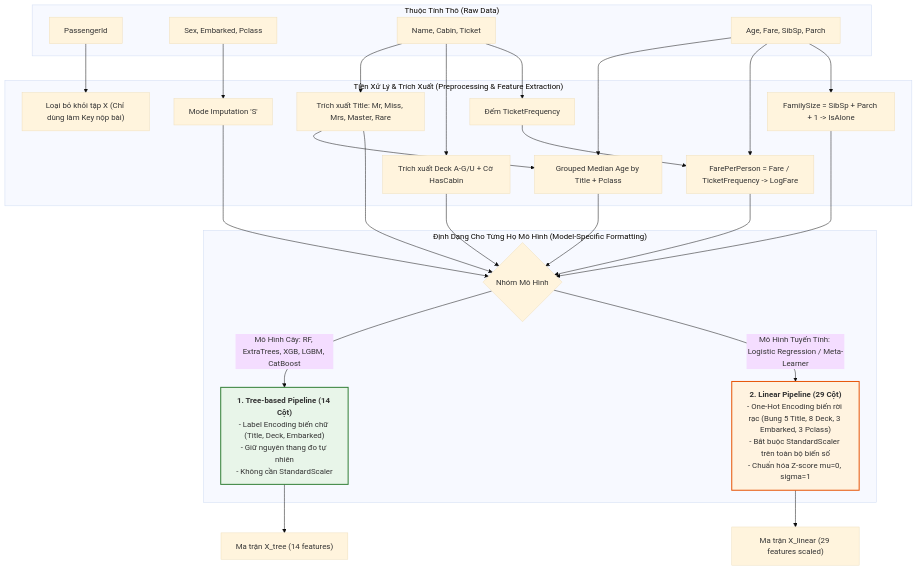
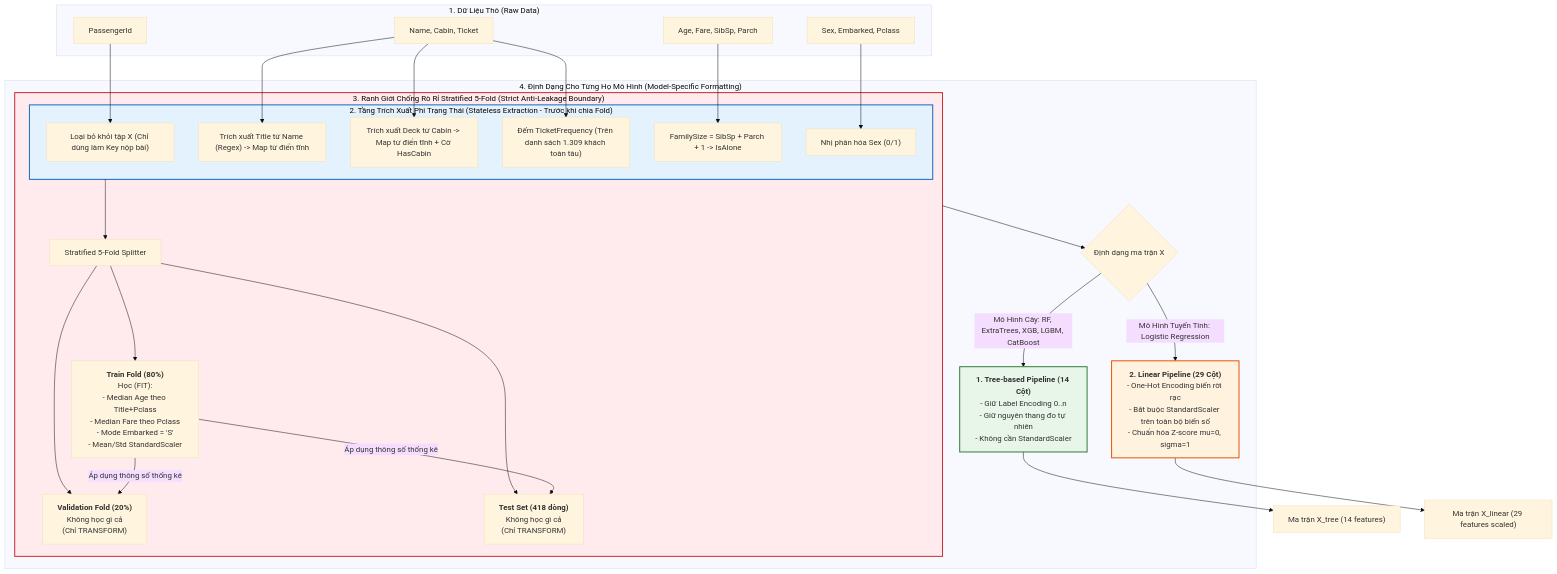
One commit to KhoaS84/kaggle-key changed the first of 2 diagrams in competition/titanic/DATA_DICTIONARY.md. Above: the diagram before and after it, drawn with Mermaid (base theme). The commit also changed other lines of this file, not shown here.

Commit message:
docs: align DATA_DICTIONARY flowchart with strict 3-tier anti-leakage architecture

````diff
--- a/competition/titanic/DATA_DICTIONARY.md
+++ b/competition/titanic/DATA_DICTIONARY.md
@@ -129,34 +129,44 @@
 ```mermaid
 flowchart TD
-    subgraph RawData ["Thuộc Tính Thô (Raw Data)"]
+    subgraph RawData ["1. Dữ Liệu Thô (Raw Data)"]
         Raw_ID["PassengerId"]
         Raw_Cat["Sex, Embarked, Pclass"]
         Raw_Text["Name, Cabin, Ticket"]
         Raw_Num["Age, Fare, SibSp, Parch"]
     end
 
-    subgraph Preprocessing ["Tiền Xử Lý & Trích Xuất (Preprocessing & Feature Extraction)"]
+    subgraph StatelessTier ["2. Tầng Trích Xuất Phi Trạng Thái (Stateless Extraction - Trước khi chia Fold)"]
         Raw_ID --> DropID["Loại bỏ khỏi tập X (Chỉ dùng làm Key nộp bài)"]
-        Raw_Text --> FE_Name["Trích xuất Title: Mr, Miss, Mrs, Master, Rare"]
-        Raw_Text --> FE_Cabin["Trích xuất Deck A-G/U + Cờ HasCabin"]
-        Raw_Text --> FE_Ticket["Đếm TicketFrequency"]
-        
-        Raw_Num & FE_Name --> Imp_Age["Grouped Median Age by Title + Pclass"]
-        Raw_Num & FE_Ticket --> Calc_Fare["FarePerPerson = Fare / TicketFrequency -> LogFare"]
+        Raw_Text --> FE_Name["Trích xuất Title từ Name (Regex) -> Map từ điển tĩnh"]
+        Raw_Text --> FE_Cabin["Trích xuất Deck từ Cabin -> Map từ điển tĩnh + Cờ HasCabin"]
+        Raw_Text --> FE_Ticket["Đếm TicketFrequency (Trên danh sách 1.309 khách toàn tàu)"]
         Raw_Num --> Calc_Fam["FamilySize = SibSp + Parch + 1 -> IsAlone"]
-        Raw_Cat --> Imp_Emb["Mode Imputation 'S'"]
+        Raw_Cat --> Map_Sex["Nhị phân hóa Sex (0/1)"]
     end
 
-    subgraph ModelFormatting ["Định Dạng Cho Từng Họ Mô Hình (Model-Specific Formatting)"]
-        Imp_Age & Calc_Fare & Calc_Fam & FE_Cabin & Imp_Emb & FE_Name --> Split{"Nhóm Mô Hình"}
+    subgraph FoldBoundary ["3. Ranh Giới Chống Rò Rỉ Stratified 5-Fold (Strict Anti-Leakage Boundary)"]
+        StatelessTier --> SKFold["Stratified 5-Fold Splitter"]
         
-        Split -->|Mô Hình Cây: RF, ExtraTrees, XGB, LGBM, CatBoost| TreePipe["<b>1. Tree-based Pipeline (14 Cột)</b><br>- Label Encoding biến chữ (Title, Deck, Embarked)<br>- Giữ nguyên thang đo tự nhiên<br>- Không cần StandardScaler"]
-        Split -->|Mô Hình Tuyến Tính: Logistic Regression / Meta-Learner| LinearPipe["<b>2. Linear Pipeline (29 Cột)</b><br>- One-Hot Encoding biến rời rạc (Bung 5 Title, 8 Deck, 3 Embarked, 3 Pclass)<br>- Bắt buộc StandardScaler trên toàn bộ biến số<br>- Chuẩn hóa Z-score mu=0, sigma=1"]
+        SKFold --> Train_Fold["<b>Train Fold (80%)</b><br>Học (FIT):<br>- Median Age theo Title+Pclass<br>- Median Fare theo Pclass<br>- Mode Embarked = 'S'<br>- Mean/Std StandardScaler"]
+        SKFold --> Val_Fold["<b>Validation Fold (20%)</b><br>Không học gì cả<br>(Chỉ TRANSFORM)"]
+        SKFold --> Test_Set["<b>Test Set (418 dòng)</b><br>Không học gì cả<br>(Chỉ TRANSFORM)"]
+        
+        Train_Fold -->|Áp dụng thông số thống kê| Val_Fold
+        Train_Fold -->|Áp dụng thông số thống kê| Test_Set
+    end
+
+    subgraph ModelFormatting ["4. Định Dạng Cho Từng Họ Mô Hình (Model-Specific Formatting)"]
+        FoldBoundary --> Split{"Định dạng ma trận X"}
+        
+        Split -->|Mô Hình Cây: RF, ExtraTrees, XGB, LGBM, CatBoost| TreePipe["<b>1. Tree-based Pipeline (14 Cột)</b><br>- Giữ Label Encoding 0..n<br>- Giữ nguyên thang đo tự nhiên<br>- Không cần StandardScaler"]
+        Split -->|Mô Hình Tuyến Tính: Logistic Regression| LinearPipe["<b>2. Linear Pipeline (29 Cột)</b><br>- One-Hot Encoding biến rời rạc<br>- Bắt buộc StandardScaler trên toàn bộ biến số<br>- Chuẩn hóa Z-score mu=0, sigma=1"]
     end
 
     TreePipe --> Output_Tree["Ma trận X_tree (14 features)"]
     LinearPipe --> Output_Linear["Ma trận X_linear (29 features scaled)"]
     
+    style StatelessTier fill:#e3f2fd,stroke:#1565c0,stroke-width:2px;
+    style FoldBoundary fill:#ffebee,stroke:#c62828,stroke-width:2px;
     style TreePipe fill:#e8f5e9,stroke:#2e7d32,stroke-width:2px;
     style LinearPipe fill:#fff3e0,stroke:#e65100,stroke-width:2px;
 ```
````
